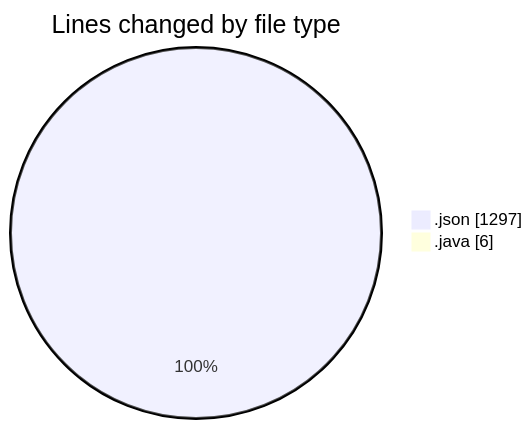
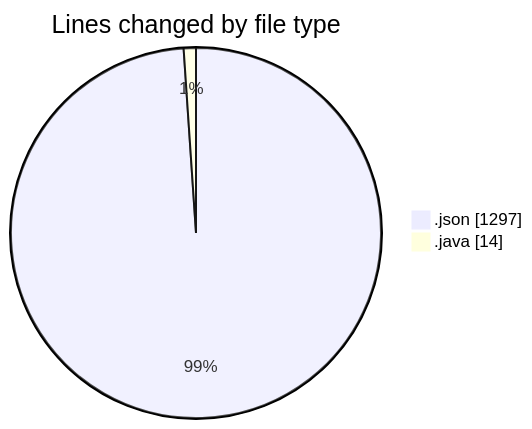
Before and after one commit to ricardozamudiocil/code-tracking: the first of 2 diagrams in 2026-09-17/cilapp/README.md, drawn with Mermaid. The commit also changed other lines of this file and 1 other file, not shown here.

````diff
--- a/2026-09-17/cilapp/README.md
+++ b/2026-09-17/cilapp/README.md
@@ -21,6 +21,6 @@
 ```mermaid
 pie showData
 title Lines changed by file type
 ".json" : 1297
-".java" : 6
+".java" : 14
 ```
````
